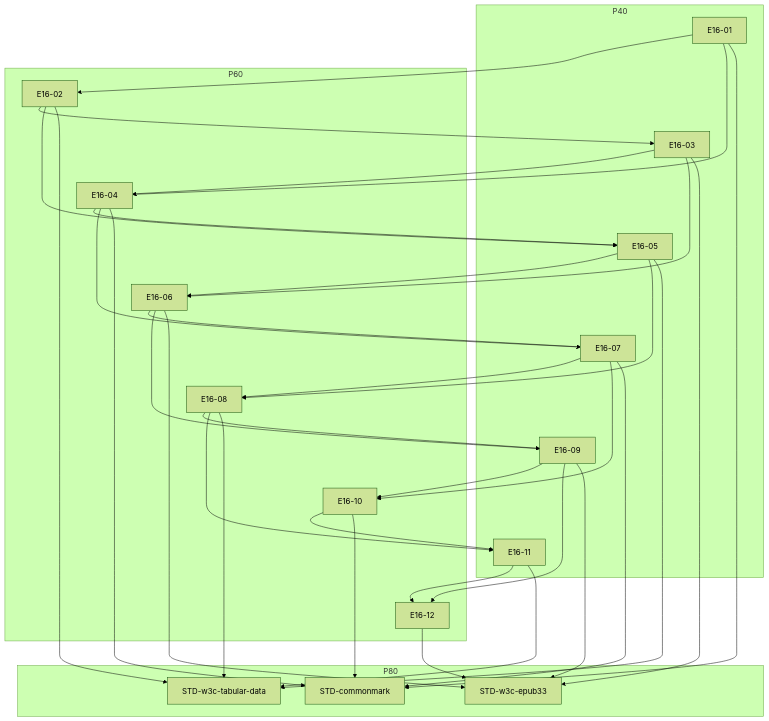
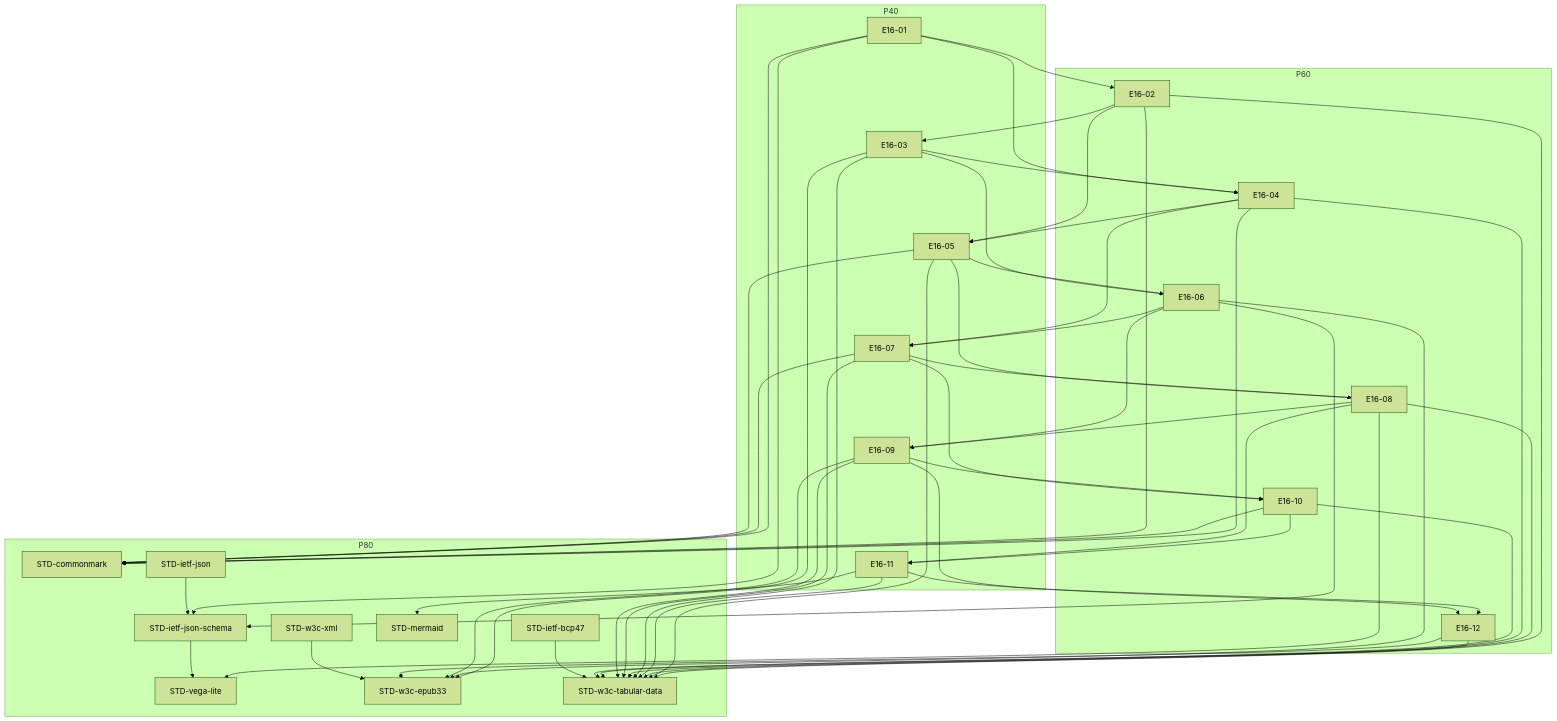
Before and after one commit to Monyeah777/NarrativeForge: the diagram in community/个人助理与日常生活域包/outputs/charts/CONCEPT_DAG.mmd, drawn with Mermaid (forest theme). The commit also changed 1006 other files, not shown here.

```diff
--- a/community/个人助理与日常生活域包/outputs/charts/CONCEPT_DAG.mmd
+++ b/community/个人助理与日常生活域包/outputs/charts/CONCEPT_DAG.mmd
@@ -1,55 +1,77 @@
 %% 概念前置图（由 community/个人助理与日常生活域包/assets/CONCEPT_GRAPH.md 确定性派生；唯一机读真相在资产 §4 围栏块）
 flowchart TD
   subgraph P40[P40]
     E16-01
     E16-03
     E16-05
     E16-07
     E16-09
     E16-11
   end
   subgraph P60[P60]
     E16-02
     E16-04
     E16-06
     E16-08
     E16-10
     E16-12
   end
   subgraph P80[P80]
     STD-commonmark
+    STD-ietf-bcp47
+    STD-ietf-json
+    STD-ietf-json-schema
+    STD-mermaid
+    STD-vega-lite
     STD-w3c-epub33
     STD-w3c-tabular-data
+    STD-w3c-xml
   end
   E16-01 --> E16-02
   E16-02 --> E16-03
   E16-03 --> E16-04
   E16-01 --> E16-04
   E16-04 --> E16-05
   E16-02 --> E16-05
   E16-05 --> E16-06
   E16-03 --> E16-06
   E16-06 --> E16-07
   E16-04 --> E16-07
   E16-07 --> E16-08
   E16-05 --> E16-08
   E16-08 --> E16-09
   E16-06 --> E16-09
   E16-09 --> E16-10
   E16-07 --> E16-10
   E16-10 --> E16-11
   E16-08 --> E16-11
   E16-11 --> E16-12
   E16-09 --> E16-12
   E16-01 --> STD-commonmark
   E16-04 --> STD-commonmark
   E16-07 --> STD-commonmark
   E16-10 --> STD-commonmark
+  E16-02 --> STD-commonmark
+  E16-05 --> STD-commonmark
+  E16-01 --> STD-ietf-json-schema
+  E16-06 --> STD-ietf-json-schema
+  STD-ietf-json --> STD-ietf-json-schema
+  E16-11 --> STD-mermaid
+  E16-08 --> STD-vega-lite
+  STD-ietf-json-schema --> STD-vega-lite
   E16-03 --> STD-w3c-epub33
   E16-06 --> STD-w3c-epub33
   E16-09 --> STD-w3c-epub33
   E16-12 --> STD-w3c-epub33
+  STD-w3c-xml --> STD-w3c-epub33
   E16-02 --> STD-w3c-tabular-data
   E16-05 --> STD-w3c-tabular-data
   E16-08 --> STD-w3c-tabular-data
   E16-11 --> STD-w3c-tabular-data
+  E16-03 --> STD-w3c-tabular-data
+  E16-04 --> STD-w3c-tabular-data
+  E16-07 --> STD-w3c-tabular-data
+  E16-09 --> STD-w3c-tabular-data
+  E16-10 --> STD-w3c-tabular-data
+  E16-12 --> STD-w3c-tabular-data
+  STD-ietf-bcp47 --> STD-w3c-tabular-data
```
